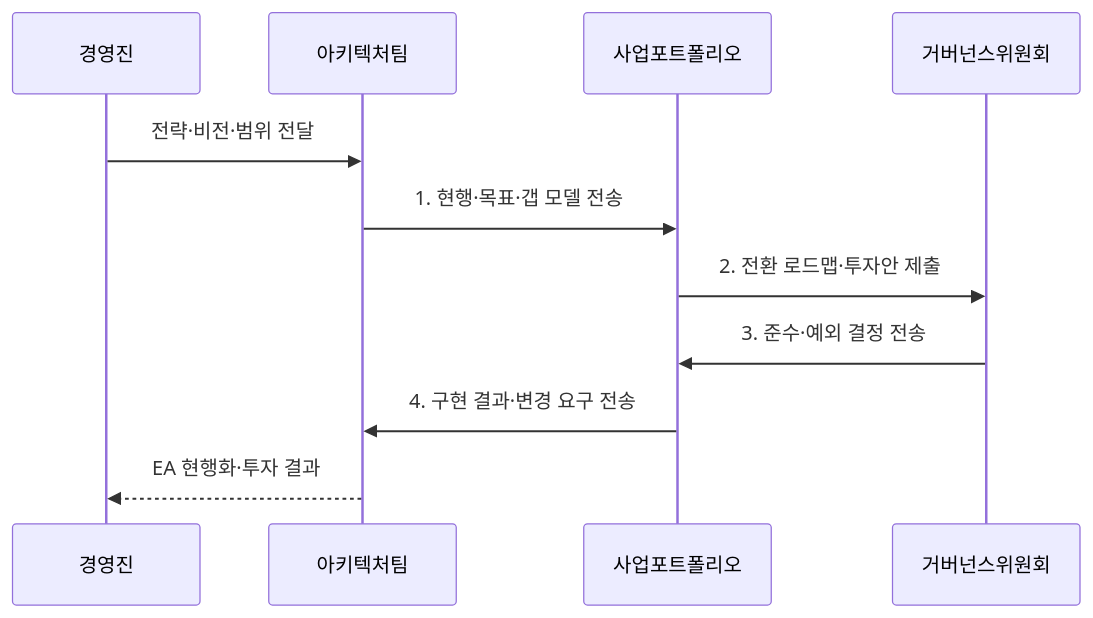
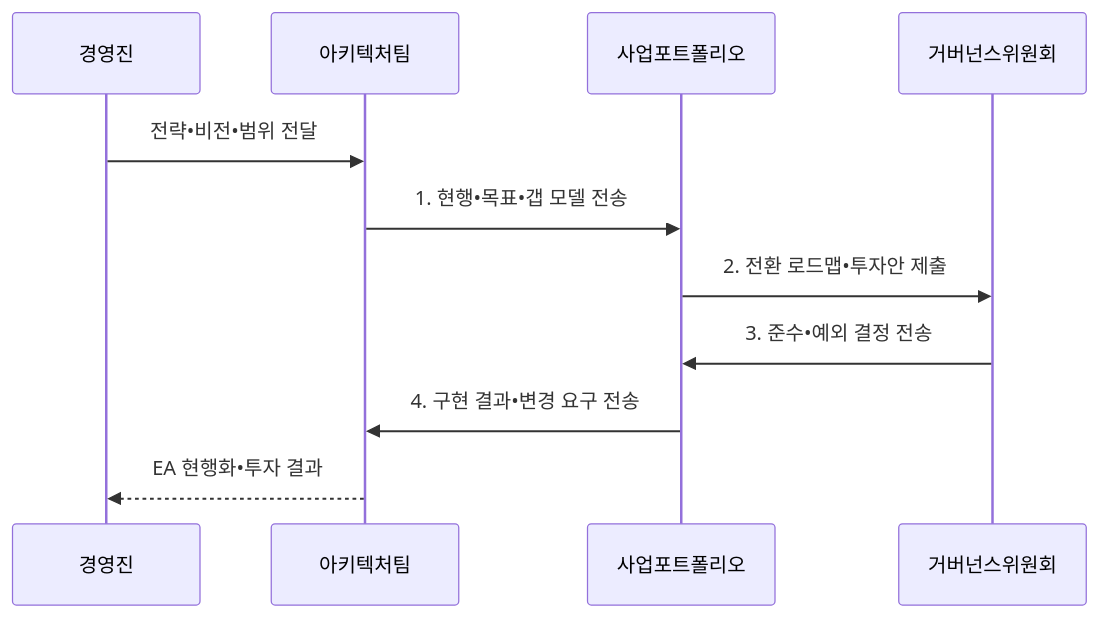
The second of 2 diagrams in src/content/docs/notes/07-law-policy/001_enterprise_architecture_togaf.md (agnusdei1207/knowledge-base), drawn with Mermaid before and after one commit. The commit also changed other lines of this file and 953 other files, not shown here.

````diff
--- a/src/content/docs/notes/07-law-policy/001_enterprise_architecture_togaf.md
+++ b/src/content/docs/notes/07-law-policy/001_enterprise_architecture_togaf.md
@@ -109,13 +109,13 @@
 ```mermaid
 sequenceDiagram
     participant S as 경영진
     participant A as 아키텍처팀
     participant P as 사업포트폴리오
     participant G as 거버넌스위원회
-    S->>A: 전략·비전·범위 전달
-    A->>P: 1. 현행·목표·갭 모델 전송
-    P->>G: 2. 전환 로드맵·투자안 제출
-    G->>P: 3. 준수·예외 결정 전송
-    P->>A: 4. 구현 결과·변경 요구 전송
-    A-->>S: EA 현행화·투자 결과
+    S->>A: 전략•비전•범위 전달
+    A->>P: 1. 현행•목표•갭 모델 전송
+    P->>G: 2. 전환 로드맵•투자안 제출
+    G->>P: 3. 준수•예외 결정 전송
+    P->>A: 4. 구현 결과•변경 요구 전송
+    A-->>S: EA 현행화•투자 결과
 ```
````
